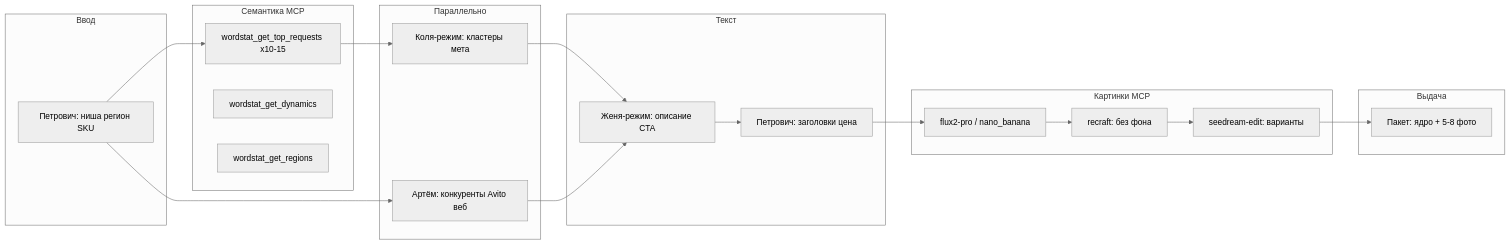
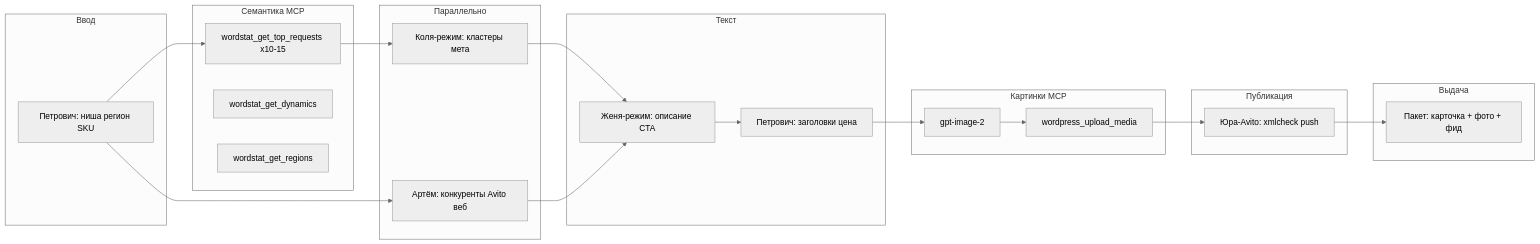
Before and after one commit to AndreyNF/MyFirstProject: the diagram in .cursor/agents/director-avito.md, drawn with Mermaid (neutral theme). The commit also changed other lines of this file and 17 other files, not shown here.

````diff
--- a/.cursor/agents/director-avito.md
+++ b/.cursor/agents/director-avito.md
@@ -23,37 +23,39 @@
 ```mermaid
 flowchart LR
   subgraph input [Ввод]
     P[Петрович: ниша регион SKU]
   end
   subgraph semantic [Семантика MCP]
     W[wordstat_get_top_requests x10-15]
     D[wordstat_get_dynamics]
     R[wordstat_get_regions]
   end
   subgraph parallel [Параллельно]
     A[Артём: конкуренты Avito веб]
     K[Коля-режим: кластеры мета]
   end
   subgraph copy [Текст]
     Z[Женя-режим: описание CTA]
     Pet[Петрович: заголовки цена]
   end
   subgraph visual [Картинки MCP]
-    I1[flux2-pro / nano_banana]
-    I2[recraft: без фона]
-    I3[seedream-edit: варианты]
+    I1[gpt-image-2]
+    I2[wordpress_upload_media]
+  end
+  subgraph publish [Публикация]
+    Yu[Юра-Avito: xmlcheck push]
   end
   subgraph out [Выдача]
-    Pack[Пакет: ядро + 5-8 фото]
+    Pack[Пакет: карточка + фото + фид]
   end
   P --> W
   W --> K
   P --> A
   K --> Z
   A --> Z
   Z --> Pet
   Pet --> I1
   I1 --> I2
-  I2 --> I3
-  I3 --> Pack
+  I2 --> Yu
+  Yu --> Pack
 ```
````
